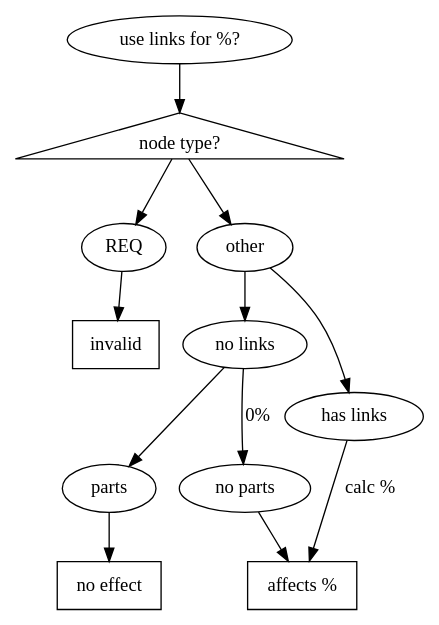
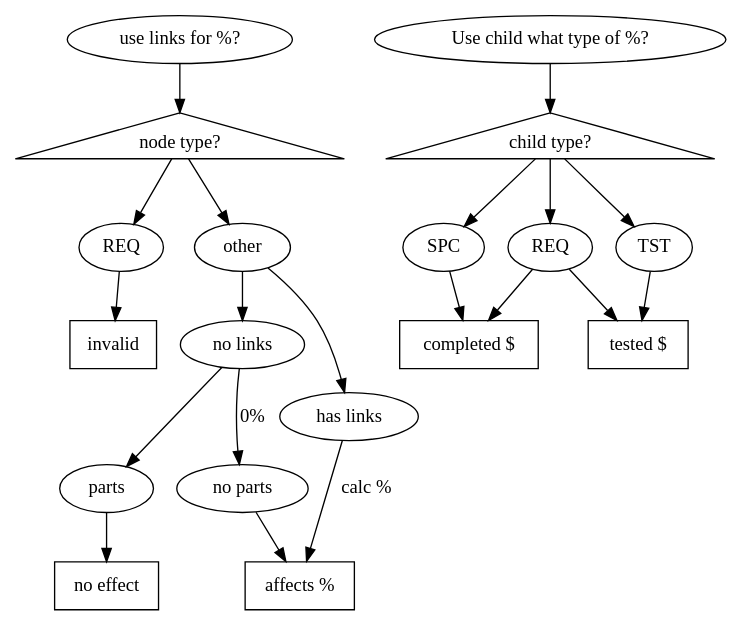
The diagram in design/core/completion.dot (vitiral/artifact), drawn with Graphviz before and after one commit.

Commit message:
working on spec

```diff
--- a/design/core/completion.dot
+++ b/design/core/completion.dot
@@ -1,46 +1,63 @@
 digraph G {
     // whether to use a link or not
     {
-        {L_use [label="use"]}
+        // starting values
+        {L_start [label="use links for %?"]}
+
+        // ending values
+        {L_use [label="affects %"; shape=box]}
         {L_nouse [label="no effect"; shape=box]}
+        {L_nt_invalid [label="invalid"; shape=box]}
+
         {L_links [label="has links"]}
         {L_nolinks [label="no links"]}
 
-        {L_start [label="use links for %?"]}
         {L_nt [label="node type?"; shape=triangle]}
         {L_nt_req [label="REQ"]}
         {L_nt_other [label="other"]}
-        {L_nt_invalid [label="invalid"; shape=box]}
 
         L_start -> L_nt;
         L_nt -> L_nt_req -> L_nt_invalid;
         L_nt -> L_nt_other;
             L_nt_other -> L_links;
             L_nt_other -> L_nolinks;
 
         // node type is other, find calulation
-        {L_use [label="affects %"; shape=box]}
 
         // has links
         L_links -> L_use [label="calc %"];
 
         // no links
         L_nolinks -> {L_nl_a [label="parts"]} -> L_nouse;
         L_nolinks -> {L_nl_b [label="no parts"]} [label="0%"];
             L_nl_b -> L_use
     }
 
-    //{nt [label="node type?"; shape=triangle;]}
+    // what to use a child for
+    {
+        // starting values
+        {C_start [label="Use child what type of %?"]}
 
-    //child -> nt;
-    //    nt -> REQ;
-    //    nt -> SPC;
-    //    nt -> TST;
+        // ending values
+        {C_completed [label="completed $"; shape=box]}
+        {C_tested [label="tested $"; shape=box]}
 
-    //REQ -> completed;
-    //REQ -> tested;
+        // different depending on the type of child
+        {C_req [label="REQ"]}
+        {C_spc [label="SPC"]}
+        {C_tst [label="TST"]}
 
-    //SPC -> completed;
+        {C_nt [label="child type?"; shape=triangle;]}
+        C_start -> C_nt;
+            C_nt -> C_req;
+            C_nt -> C_spc;
+            C_nt -> C_tst;
 
-    //TST -> tested;
+        C_req -> C_completed;
+        C_req -> C_tested;
+
+        C_spc -> C_completed;
+
+        C_tst -> C_tested;
+    }
 }
```
